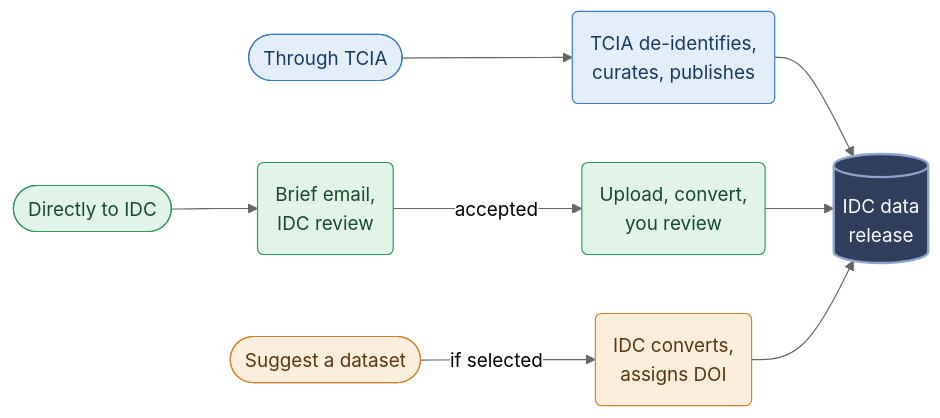
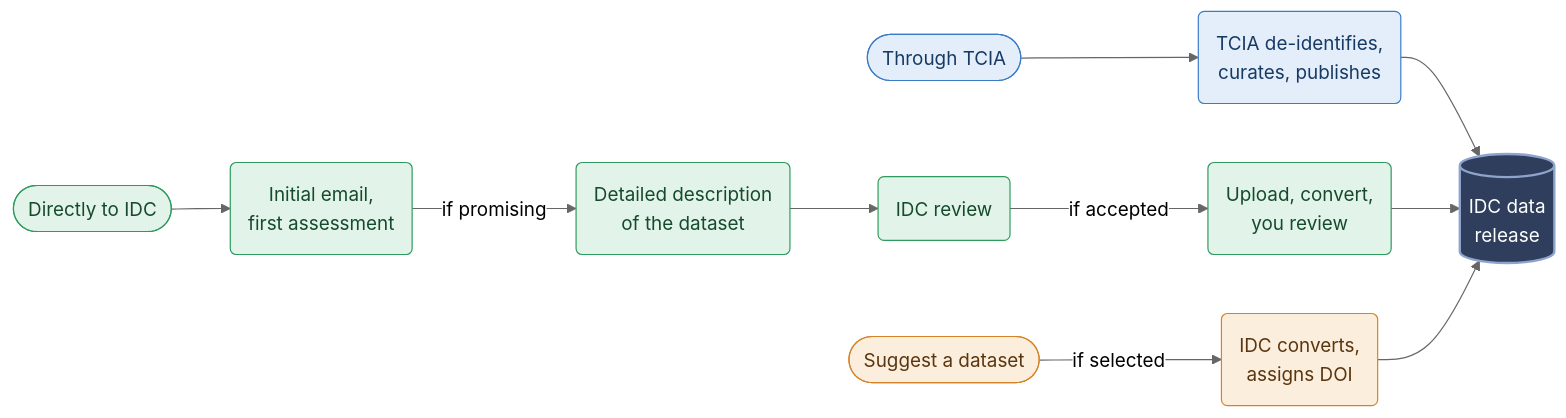
Before and after one commit to ImagingDataCommons/IDC-Docs: the diagram in contributing-data/README.md, drawn with Mermaid (neutral theme). The commit also changed other lines of this file and 1 other file, not shown here.

Commit message:
Show contributing directly to IDC as a multi-step process
The routes diagram showed the direct route as a brief email followed by
upload, which could suggest that an email is enough to get a
contribution accepted. The diagram now shows the initial email, the
detailed description of the dataset, IDC's review and the acceptance
decision as separate steps.

The overview page says the same in a short paragraph, and the
contribution process page splits the old "Review" step into an initial
assessment and a detailed description, after which IDC decides whether
to accept the contribution.

````diff
--- a/contributing-data/README.md
+++ b/contributing-data/README.md
@@ -26,19 +26,21 @@
 ```mermaid
 flowchart LR
     T(["Through TCIA"]) --> T1("TCIA de-identifies,<br/>curates, publishes")
-    D(["Directly to IDC"]) --> D1("Brief email,<br/>IDC review")
-    D1 -- accepted --> D2("Upload, convert,<br/>you review")
+    D(["Directly to IDC"]) --> D1("Initial email,<br/>first assessment")
+    D1 -- if promising --> D2("Detailed description<br/>of the dataset")
+    D2 --> D3("IDC review")
+    D3 -- if accepted --> D4("Upload, convert,<br/>you review")
     S(["Suggest a dataset"]) -- if selected --> S1("IDC converts,<br/>assigns DOI")
     T1 --> R[("IDC data<br/>release")]
-    D2 --> R
+    D4 --> R
     S1 --> R
 
     classDef tcia fill:#E3EEFA,stroke:#3A7BC8,color:#173A63
     classDef direct fill:#E2F4EA,stroke:#2E9A5D,color:#164A2C
     classDef select fill:#FCEEDD,stroke:#D4832A,color:#5A3610
     classDef idc fill:#2F3E5C,stroke:#8EA4CC,stroke-width:2px,color:#FFFFFF
     class T,T1 tcia
-    class D,D1,D2 direct
+    class D,D1,D2,D3,D4 direct
     class S,S1 select
     class R idc
 ```
````
